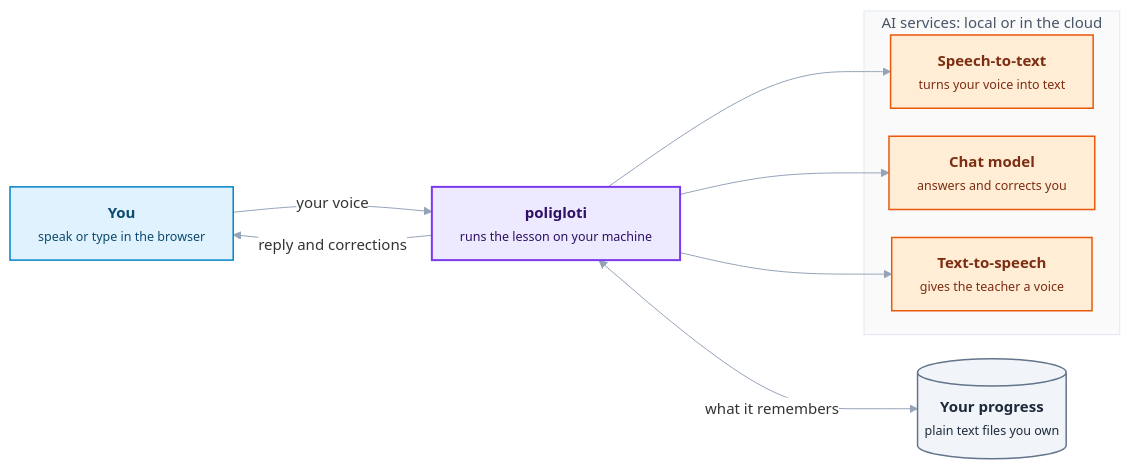
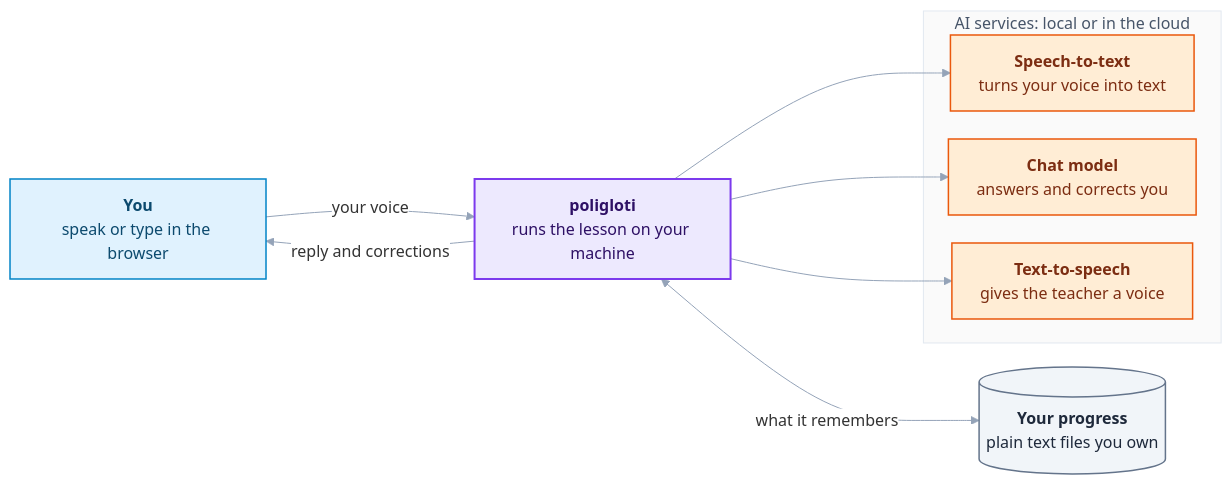
The diagram in README.md (isa-aguilar/poligloti), drawn with Mermaid before and after one commit. The commit also changed 1 other file, not shown here.

Commit message:
docs: fix clipped diagram labels on GitHub
GitHub renders <small> at full size but mermaid sized the boxes for it,
so subtitles were cut. Plain labels and the default font measure right.

````diff
--- a/README.md
+++ b/README.md
@@ -27,25 +27,25 @@
 ```mermaid
-%%{init: {"theme":"base","themeVariables":{"fontFamily":"Inter, Helvetica, Arial, sans-serif","fontSize":"15px","lineColor":"#94A3B8","clusterBkg":"#FAFAFA","clusterBorder":"#E2E8F0","titleColor":"#475569","edgeLabelBackground":"#FFFFFF"},"flowchart":{"curve":"basis","nodeSpacing":28,"rankSpacing":50,"padding":14}}}%%
+%%{init: {"theme":"base","themeVariables":{"lineColor":"#94A3B8","clusterBkg":"#FAFAFA","clusterBorder":"#E2E8F0","titleColor":"#475569","edgeLabelBackground":"#FFFFFF"},"flowchart":{"curve":"basis","nodeSpacing":28,"rankSpacing":50,"padding":14}}}%%
 flowchart LR
     classDef user fill:#E0F2FE,stroke:#0284C7,stroke-width:1.5px,color:#0C4A6E
     classDef hub fill:#EDE9FE,stroke:#7C3AED,stroke-width:2px,color:#2E1065
     classDef model fill:#FFEDD5,stroke:#EA580C,stroke-width:1.5px,color:#7C2D12
     classDef data fill:#F1F5F9,stroke:#64748B,stroke-width:1.5px,color:#1E293B
 
-    you["<b>You</b><br/><small>speak or type in the browser</small>"]:::user
-    app["<b>poligloti</b><br/><small>runs the lesson on your machine</small>"]:::hub
-    mem[("<b>Your progress</b><br/><small>plain text files you own</small>")]:::data
+    you["<b>You</b><br/>speak or type in the browser"]:::user
+    app["<b>poligloti</b><br/>runs the lesson on your machine"]:::hub
+    mem[("<b>Your progress</b><br/>plain text files you own")]:::data
 
     subgraph ai["AI services: local or in the cloud"]
-        stt["<b>Speech-to-text</b><br/><small>turns your voice into text</small>"]:::model
-        chat["<b>Chat model</b><br/><small>answers and corrects you</small>"]:::model
-        tts["<b>Text-to-speech</b><br/><small>gives the teacher a voice</small>"]:::model
+        stt["<b>Speech-to-text</b><br/>turns your voice into text"]:::model
+        chat["<b>Chat model</b><br/>answers and corrects you"]:::model
+        tts["<b>Text-to-speech</b><br/>gives the teacher a voice"]:::model
     end
 
     you -- "your voice" --> app
     app --> stt
     app --> chat
     app --> tts
     app <-- "what it remembers" --> mem
     app -- "reply and corrections" --> you
 ```
````
